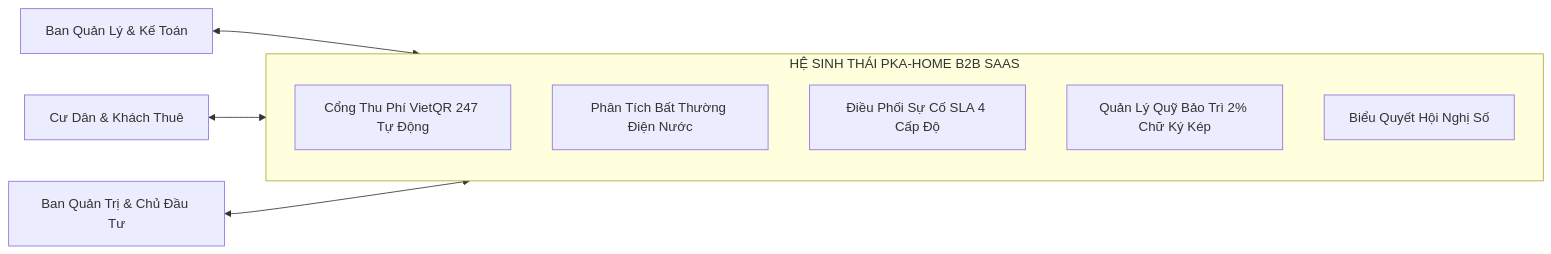
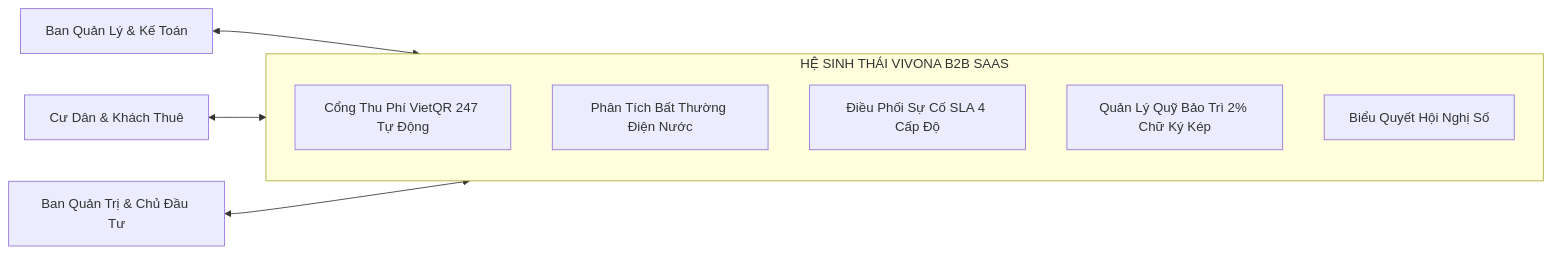
One commit to PVM-05/PKA-Home changed the diagram in docs/PITCH_DECK_PROPOSAL.md. Above: the diagram before and after it, drawn with Mermaid. The commit also changed other lines of this file and 405 other files, not shown here.

Commit message:
feat(brand): tai dinh vi thuong hieu toan dien tu pka-home sang vivona (cap do 3)

````diff
--- a/docs/PITCH_DECK_PROPOSAL.md
+++ b/docs/PITCH_DECK_PROPOSAL.md
@@ -37,15 +37,15 @@
 ```mermaid
 flowchart LR
-    subgraph PKA["HỆ SINH THÁI PKA-HOME B2B SAAS"]
+    subgraph VIVONA["HỆ SINH THÁI VIVONA B2B SAAS"]
         direction TB
         M1["Cổng Thu Phí VietQR 247 Tự Động"]
         M2["Phân Tích Bất Thường Điện Nước"]
         M3["Điều Phối Sự Cố SLA 4 Cấp Độ"]
         M4["Quản Lý Quỹ Bảo Trì 2% Chữ Ký Kép"]
         M5["Biểu Quyết Hội Nghị Số"]
     end
     
-    BQL["Ban Quản Lý & Kế Toán"] <--> PKA
-    CD["Cư Dân & Khách Thuê"] <--> PKA
-    BQT["Ban Quản Trị & Chủ Đầu Tư"] <--> PKA
+    BQL["Ban Quản Lý & Kế Toán"] <--> VIVONA
+    CD["Cư Dân & Khách Thuê"] <--> VIVONA
+    BQT["Ban Quản Trị & Chủ Đầu Tư"] <--> VIVONA
 ```
````
